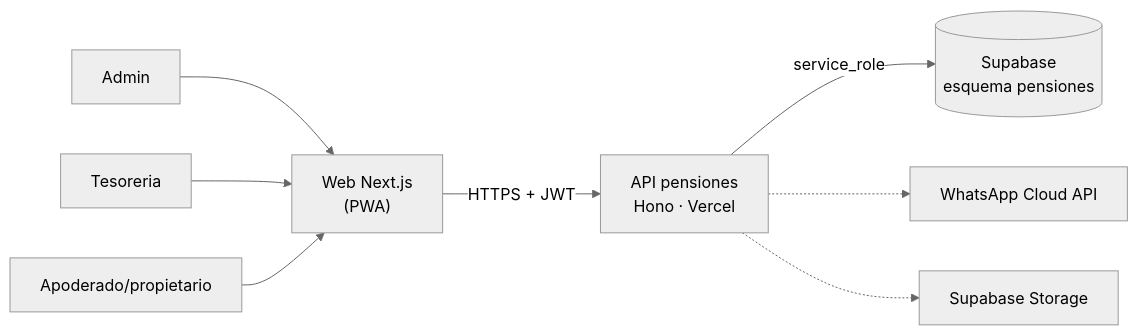
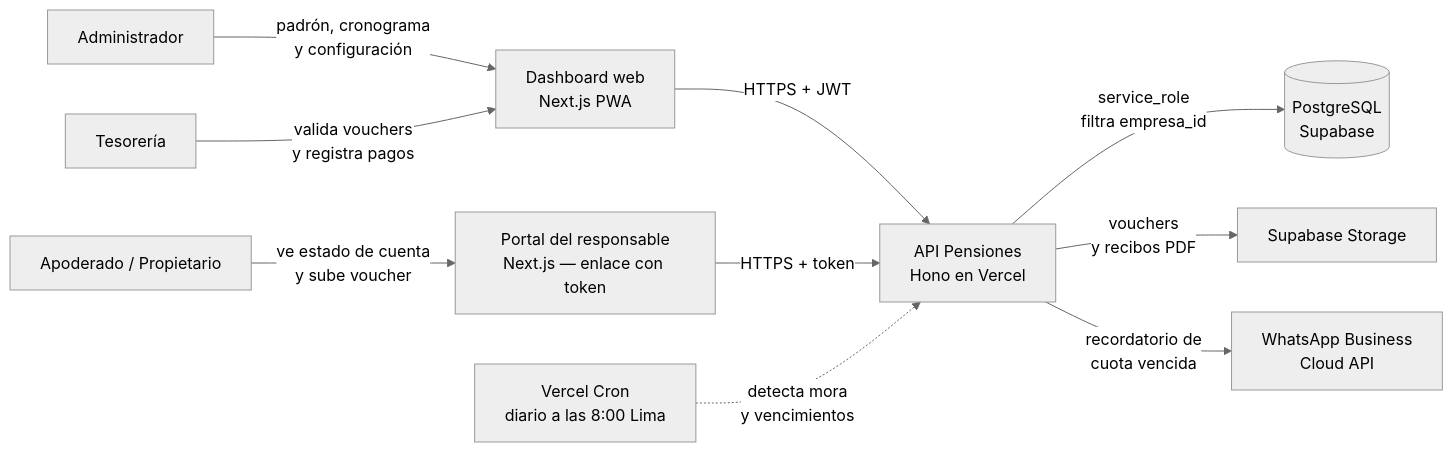
One commit to brayanChapo/novatech-microapps changed the first of 4 diagrams in 04-pensiones-cuotas/docs/02-arquitectura.md. Above: the diagram before and after it, drawn with Mermaid (neutral theme). The commit also changed other lines of this file and 28 other files, not shown here.

````diff
--- a/04-pensiones-cuotas/docs/02-arquitectura.md
+++ b/04-pensiones-cuotas/docs/02-arquitectura.md
@@ -5,11 +7,12 @@
 ```mermaid
 flowchart LR
-    U0["Admin"] --> WEB
-    U1["Tesoreria"] --> WEB
-    U2["Apoderado/propietario"] --> WEB
-    WEB["Web Next.js<br/>(PWA)"] -->|HTTPS + JWT| API["API pensiones<br/>Hono · Vercel"]
-    
-    API -->|service_role| DB[("Supabase<br/>esquema pensiones")]
-    API -.-> I0["WhatsApp Cloud API"]
-    API -.-> I1["Supabase Storage"]
+    AD["Administrador"] -->|padrón, cronograma\ny configuración| WEB["Dashboard web\nNext.js PWA"]
+    TE["Tesorería"] -->|valida vouchers\ny registra pagos| WEB
+    AP["Apoderado / Propietario"] -->|ve estado de cuenta\ny sube voucher| PORTAL["Portal del responsable\nNext.js — enlace con token"]
+    WEB -->|HTTPS + JWT| API["API Pensiones\nHono en Vercel"]
+    PORTAL -->|HTTPS + token| API
+    API -->|service_role\nfiltra empresa_id| DB[("PostgreSQL\nSupabase")]
+    API -->|vouchers\ny recibos PDF| ST["Supabase Storage"]
+    API -->|recordatorio de\ncuota vencida| WA["WhatsApp Business\nCloud API"]
+    CRON["Vercel Cron\ndiario a las 8:00 Lima"] -.->|detecta mora\ny vencimientos| API
 ```
````
